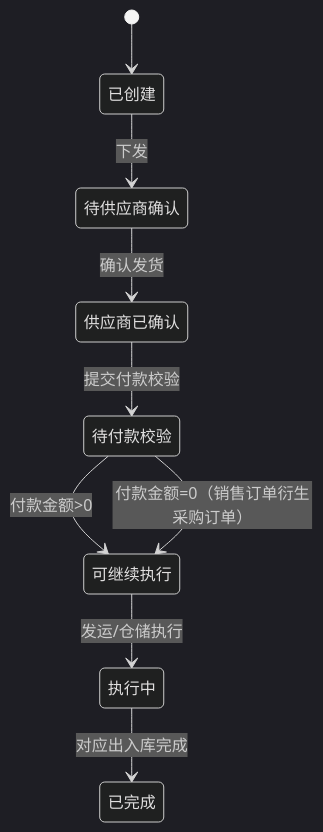
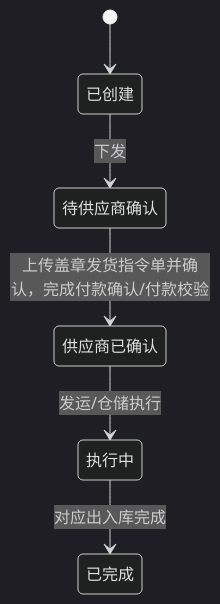
One commit to nancyxjp2019/jgport-supply changed the tenth of 12 diagrams in docs/V6阶段A-流程图状态机与UI原型清单.md. Above: the diagram before and after it, drawn with Mermaid (dark theme). The commit also changed other lines of this file and 18 other files, not shown here.

````diff
--- a/docs/V6阶段A-流程图状态机与UI原型清单.md
+++ b/docs/V6阶段A-流程图状态机与UI原型清单.md
@@ -184,11 +185,8 @@
 ```mermaid
 stateDiagram-v2
     [*] --> 已创建
     已创建 --> 待供应商确认: 下发
-    待供应商确认 --> 供应商已确认: 确认发货
-    供应商已确认 --> 待付款校验: 提交付款校验
-    待付款校验 --> 可继续执行: 付款金额>0
-    待付款校验 --> 可继续执行: 付款金额=0（销售订单衍生采购订单）
-    可继续执行 --> 执行中: 发运/仓储执行
+    待供应商确认 --> 供应商已确认: 上传盖章发货指令单并确认，完成付款确认/付款校验
+    供应商已确认 --> 执行中: 发运/仓储执行
     执行中 --> 已完成: 对应出入库完成
 ```
````
